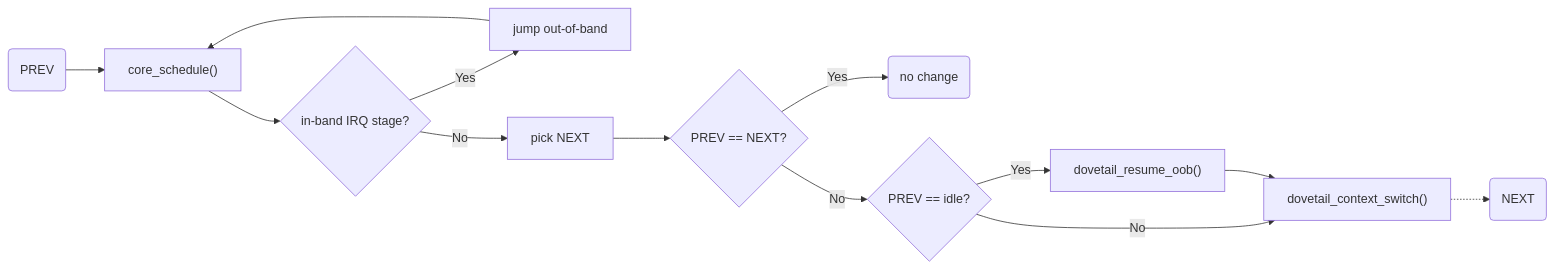
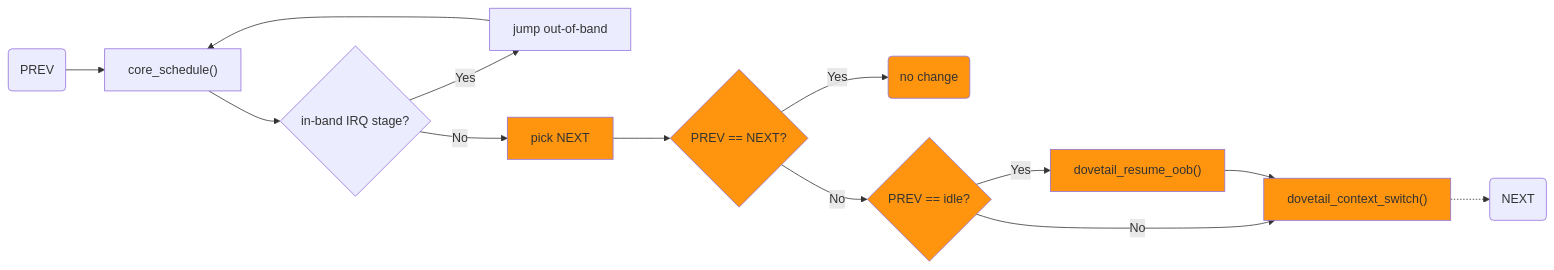
One commit to The-going/evlproject changed the third of 4 diagrams in content/dovetail/altsched/_index.md. Above: the diagram before and after it, drawn with Mermaid. The commit also changed other lines of this file and 4 other files, not shown here.

```diff
--- a/content/dovetail/altsched/_index.md
+++ b/content/dovetail/altsched/_index.md
@@ -358,15 +375,21 @@
 {{<mermaid align="left">}}
 graph LR;
     S(PREV) --> A["core_schedule()"]
     A --> B{in-band IRQ stage?}
     B -->|Yes| D["jump out-of-band"]
     D --> A
     B -->|No| C["pick NEXT"]
+    style C fill:#ff950e;
     C --> P{PREV == NEXT?}
+    style P fill:#ff950e;
     P -->|Yes| Q(no change)
+    style Q fill:#ff950e;
     P -->|No| E{PREV == idle?}
+    style E fill:#ff950e;
     E -->|Yes| F["dovetail_resume_oob()"]
+    style F fill:#ff950e;
     E -->|No| H["dovetail_context_switch()"]
+    style H fill:#ff950e;
     F --> H
     H -.-> I(NEXT)
 {{< /mermaid >}}
```
